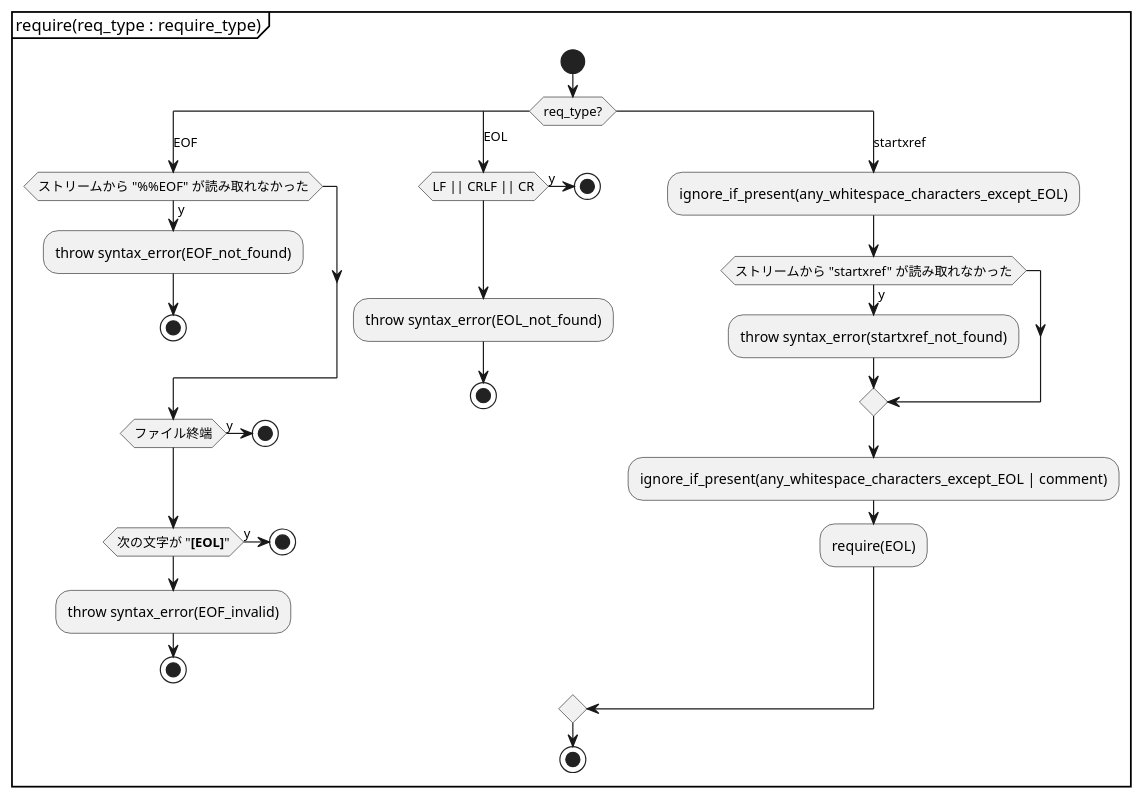
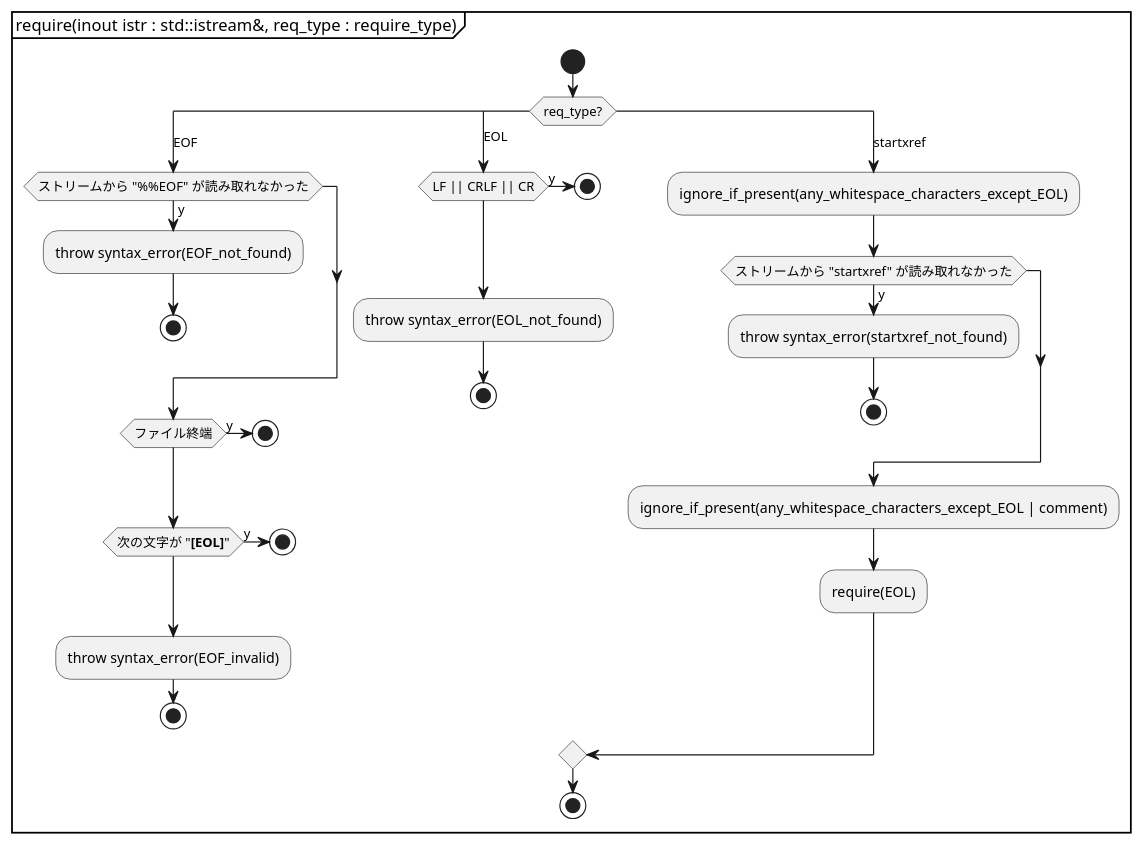
The fourth of 7 diagrams in document/parser.activity.pu (KodaiYM/PDFReader), drawn with PlantUML before and after one commit. The commit also changed other lines of this file and 2 other files, not shown here.

Commit message:
startxref 以下の解析部分の図をUMLの仕様に従って完成

```diff
--- a/document/parser.activity.pu
+++ b/document/parser.activity.pu
@@ -51,38 +51,39 @@
 @startuml require
-partition "require(req_type : require_type)" {
+partition "require(inout istr : std::istream&, req_type : require_type)" {
 start
 	switch (req_type?)
 	case (EOF)
 		if (ストリームから "%%EOF" が読み取れなかった) then (y)
 			:throw syntax_error(EOF_not_found);
 			stop
 		endif
 
 		if (ファイル終端) then (y)
 			stop
 		endif
 
 		if (次の文字が "**[EOL]**") then (y)
 			stop
 		endif
 
 		:throw syntax_error(EOF_invalid);
 		stop
 	case (EOL)
 		if (LF || CRLF || CR) then (y)
 			stop
 		endif
 
 		:throw syntax_error(EOL_not_found);
 		stop
 	case (startxref)
 		:ignore_if_present(any_whitespace_characters_except_EOL);
 		if (ストリームから "startxref" が読み取れなかった) then (y)
 			:throw syntax_error(startxref_not_found);
+			stop
 		endif
 		:ignore_if_present(any_whitespace_characters_except_EOL | comment);
 		:require(EOL);
 	endswitch
 stop
 }
 @enduml
```
